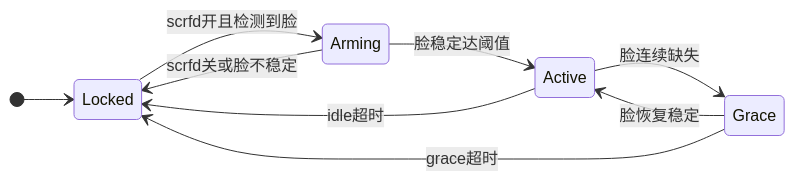
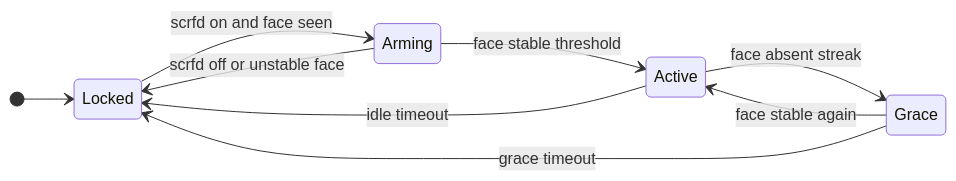
The third of 3 diagrams in docs/llm-model-coordinator.md (kyshipit/eai-rk3588), drawn with Mermaid before and after one commit. The commit also changed other lines of this file and 21 other files, not shown here.

````diff
--- a/docs/llm-model-coordinator.md
+++ b/docs/llm-model-coordinator.md
@@ -191,12 +193,12 @@
 ```mermaid
 stateDiagram-v2
     direction LR
     [*] --> Locked
-    Locked --> Arming: scrfd开且检测到脸
-    Arming --> Locked: scrfd关或脸不稳定
-    Arming --> Active: 脸稳定达阈值
-    Active --> Grace: 脸连续缺失
-    Grace --> Active: 脸恢复稳定
-    Grace --> Locked: grace超时
-    Active --> Locked: idle超时
+    Locked --> Arming: scrfd on and face seen
+    Arming --> Locked: scrfd off or unstable face
+    Arming --> Active: face stable threshold
+    Active --> Grace: face absent streak
+    Grace --> Active: face stable again
+    Grace --> Locked: grace timeout
+    Active --> Locked: idle timeout
 ```
````
